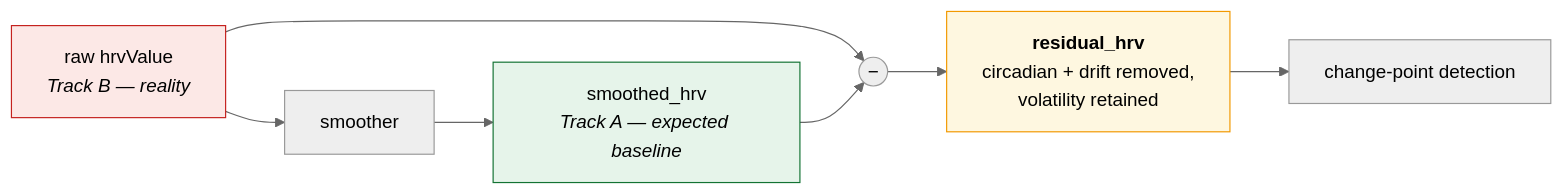
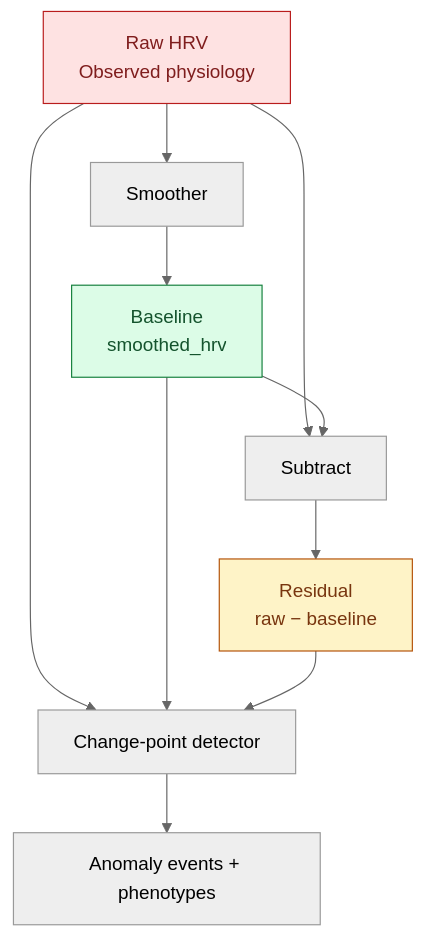
The second of 5 diagrams in README.md (jatindangi1206/asthma-prediction), drawn with Mermaid (neutral theme) before and after one commit. The commit also changed other lines of this file, not shown here.

````diff
--- a/README.md
+++ b/README.md
@@ -88,13 +170,19 @@
 ```mermaid
-flowchart LR
-    RAW["raw hrvValue<br/><i>Track B — reality</i>"] --> SUB(("−"))
-    RAW --> SMOOTH["smoother"]
-    SMOOTH --> BASE["smoothed_hrv<br/><i>Track A — expected baseline</i>"]
-    BASE --> SUB
-    SUB --> RES["<b>residual_hrv</b><br/>circadian + drift removed,<br/>volatility retained"]
-    RES --> CPD["change-point detection"]
+flowchart TB
+    R[Raw HRV<br/>Observed physiology] --> S[Smoother]
+    S --> B[Baseline<br/>smoothed_hrv]
+    R --> X[Subtract]
+    B --> X
+    X --> E[Residual<br/>raw − baseline]
+    R --> D[Change-point detector]
+    B --> D
+    E --> D
+    D --> O[Anomaly events + phenotypes]
 
-    style RAW fill:#fce8e6,stroke:#c5221f
-    style BASE fill:#e6f4ea,stroke:#137333
-    style RES fill:#fef7e0,stroke:#f29900
+    classDef raw fill:#FEE2E2,stroke:#B91C1C,color:#7F1D1D;
+    classDef base fill:#DCFCE7,stroke:#15803D,color:#14532D;
+    classDef residual fill:#FEF3C7,stroke:#B45309,color:#78350F;
+    class R raw;
+    class B base;
+    class E residual;
 ```
````
